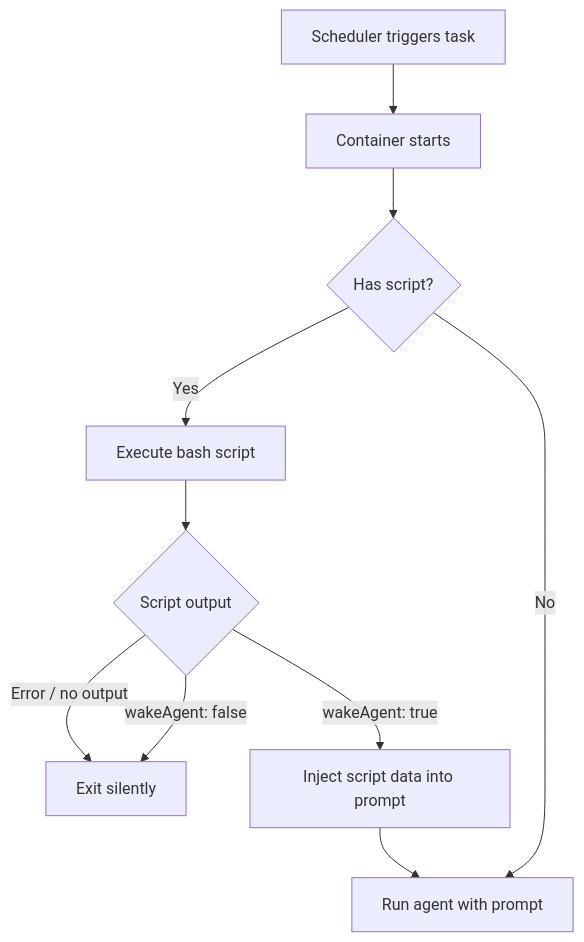
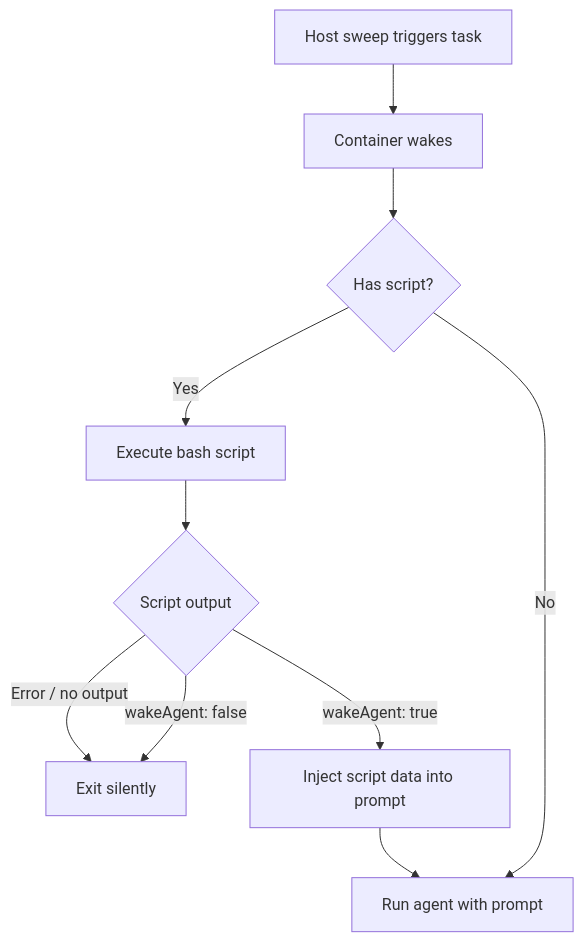
The second of 2 diagrams in concepts/tasks.mdx (glifocat/nanoclaw-docs), drawn with Mermaid before and after one commit. The commit also changed other lines of this file and 14 other files, not shown here.

First line of the commit message:
docs: update documentation for v2.0.0 architectural rewrite (#187)

````diff
--- a/concepts/tasks.mdx
+++ b/concepts/tasks.mdx
@@ -301,12 +153,12 @@
 ```mermaid
 flowchart TD
-    A[Scheduler triggers task] --> B[Container starts]
+    A[Host sweep triggers task] --> B[Container wakes]
     B --> C{Has script?}
     C -->|No| D[Run agent with prompt]
     C -->|Yes| E[Execute bash script]
     E --> F{Script output}
     F -->|wakeAgent: false| G[Exit silently]
     F -->|wakeAgent: true| H[Inject script data into prompt]
     H --> D
     F -->|Error / no output| G
 ```
````
